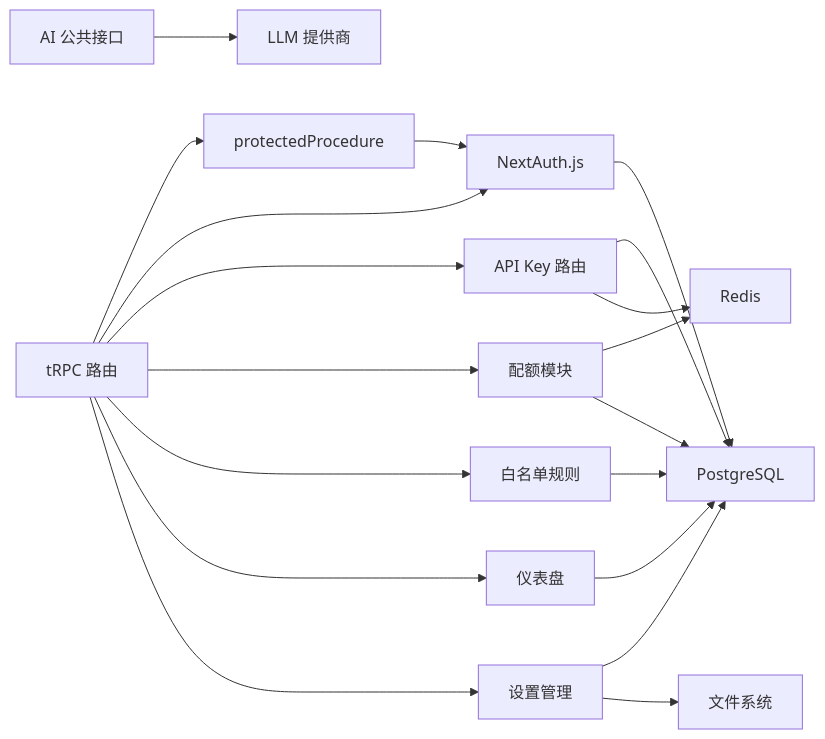
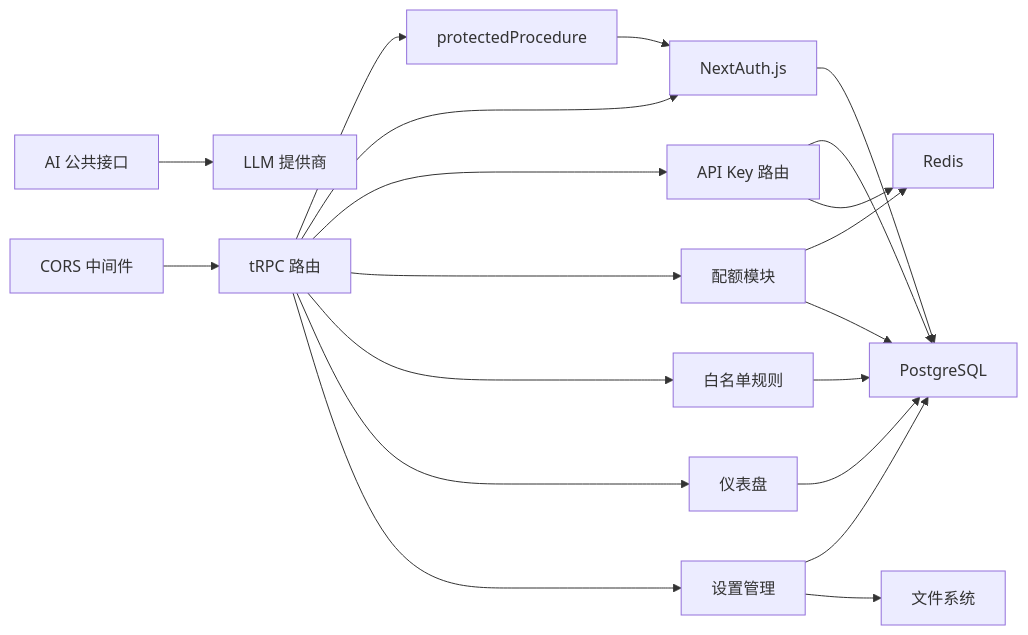
Diagram 13 of 13 in .qoder/repowiki/zh/content/系统架构设计/安全架构设计.md (RadiumAg/AIGate), drawn with Mermaid before and after one commit. The commit also changed other lines of this file and 9 other files, not shown here.

````diff
--- a/.qoder/repowiki/zh/content/系统架构设计/安全架构设计.md
+++ b/.qoder/repowiki/zh/content/系统架构设计/安全架构设计.md
@@ -490,21 +527,22 @@
 ```mermaid
 graph LR
 AUTH["NextAuth.js"] --> DB["PostgreSQL"]
 PROTECT["protectedProcedure"] --> AUTH
 AK["API Key 路由"] --> DB
 AK --> RED["Redis"]
 QU["配额模块"] --> RED
 QU --> DB
 WH["白名单规则"] --> DB
 DASH["仪表盘"] --> DB
 AI["AI 公共接口"] --> LLM["LLM 提供商"]
 SET["设置管理"] --> DB
 SET --> FS["文件系统"]
-TRPC["tRPC 路由"] --> PROTECT
+CORS["CORS 中间件"] --> TRPC["tRPC 路由"]
+TRPC --> PROTECT
 TRPC --> AUTH
 TRPC --> AK
 TRPC --> QU
 TRPC --> WH
 TRPC --> DASH
 TRPC --> SET
 ```
````
